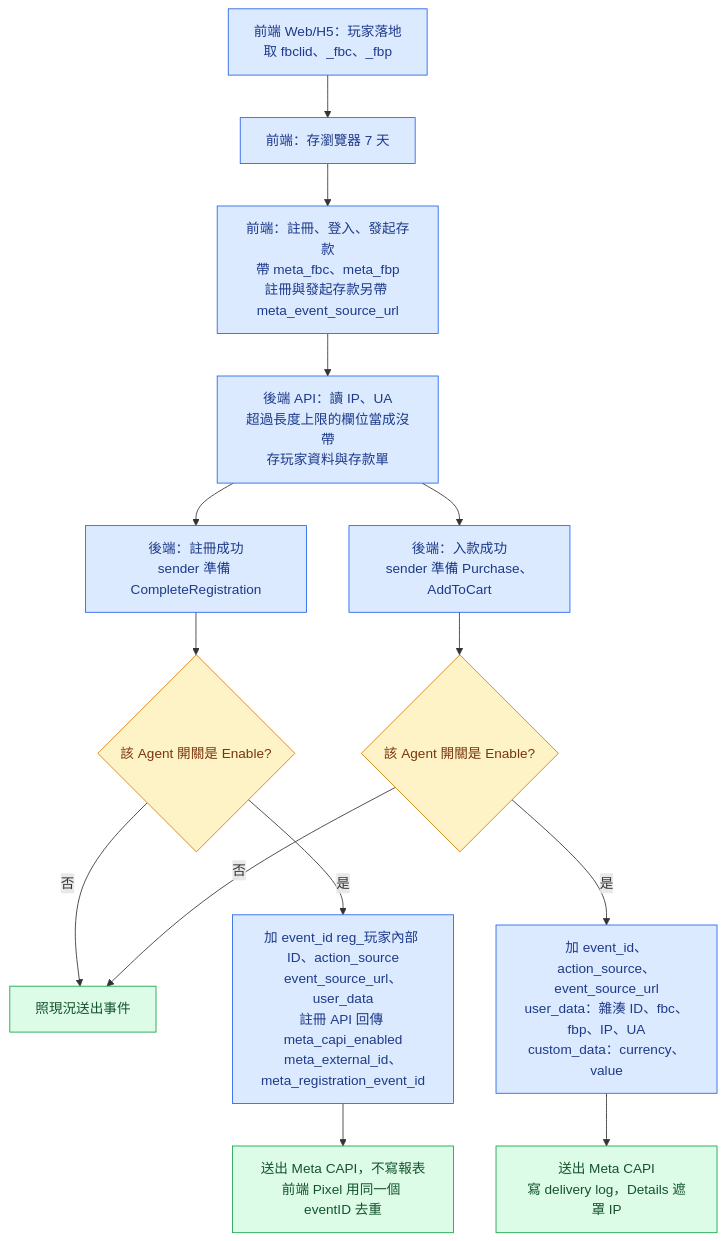
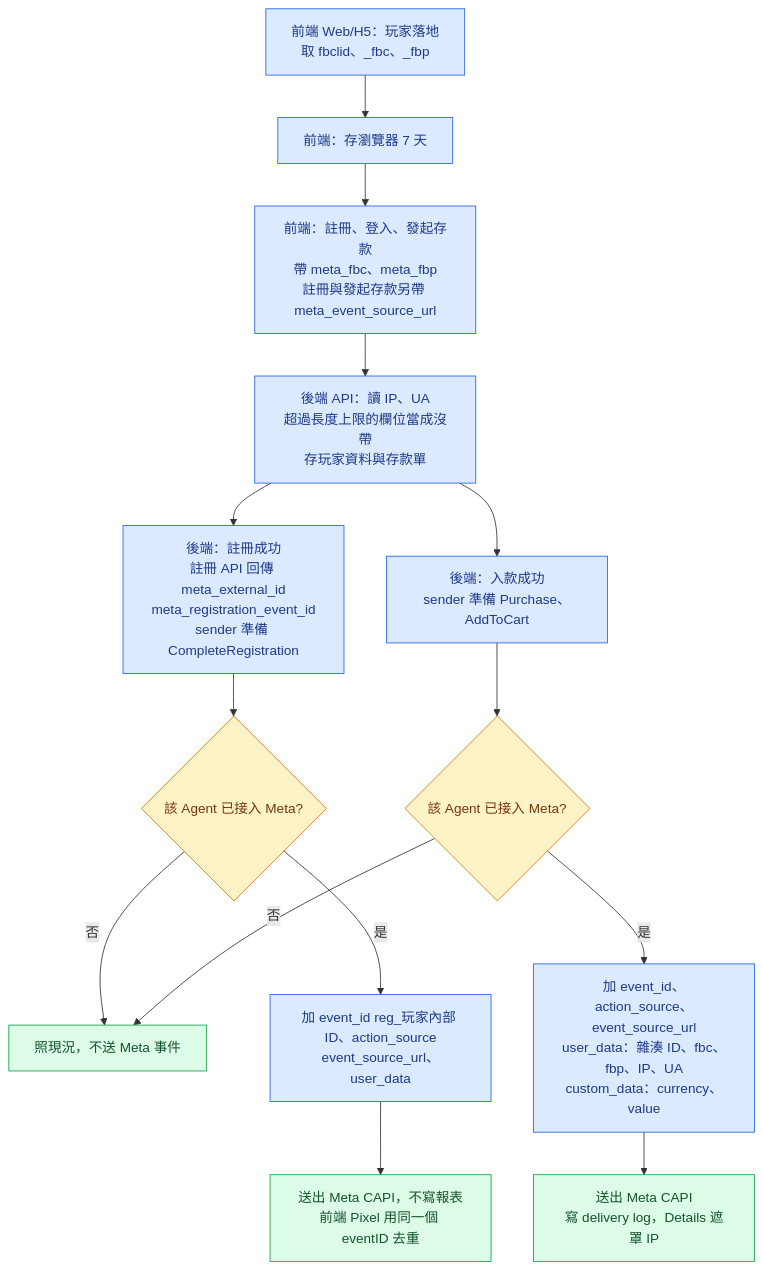
The diagram in meta-capi-match-params/meta_capi_match_params_PRD.md (guswei/betally-bo-mockup), drawn with Mermaid before and after one commit. The commit also changed other lines of this file and 5 other files, not shown here.

First line of the commit message:
Remove Meta CAPI switch; apply to all Meta-connected agents (PRD v1.3)

````diff
--- a/meta-capi-match-params/meta_capi_match_params_PRD.md
+++ b/meta-capi-match-params/meta_capi_match_params_PRD.md
@@ -73,23 +69,23 @@
 ```mermaid
 flowchart TD
   A[前端 Web/H5：玩家落地<br/>取 fbclid、_fbc、_fbp] --> B[前端：存瀏覽器 7 天]
   B --> C[前端：註冊、登入、發起存款<br/>帶 meta_fbc、meta_fbp<br/>註冊與發起存款另帶 meta_event_source_url]
   C --> D[後端 API：讀 IP、UA<br/>超過長度上限的欄位當成沒帶<br/>存玩家資料與存款單]
-  D --> J[後端：註冊成功<br/>sender 準備 CompleteRegistration]
+  D --> J[後端：註冊成功<br/>註冊 API 回傳 meta_external_id<br/>meta_registration_event_id<br/>sender 準備 CompleteRegistration]
   D --> E[後端：入款成功<br/>sender 準備 Purchase、AddToCart]
-  J --> K{該 Agent 開關是 Enable?}
-  K -->|否| G[照現況送出事件]
-  K -->|是| L[加 event_id reg_玩家內部 ID、action_source<br/>event_source_url、user_data<br/>註冊 API 回傳 meta_capi_enabled<br/>meta_external_id、meta_registration_event_id]
+  J --> K{該 Agent 已接入 Meta?}
+  K -->|否| G[照現況，不送 Meta 事件]
+  K -->|是| L[加 event_id reg_玩家內部 ID、action_source<br/>event_source_url、user_data]
   L --> M[送出 Meta CAPI，不寫報表<br/>前端 Pixel 用同一個 eventID 去重]
-  E --> F{該 Agent 開關是 Enable?}
+  E --> F{該 Agent 已接入 Meta?}
   F -->|否| G
   F -->|是| H[加 event_id、action_source、event_source_url<br/>user_data：雜湊 ID、fbc、fbp、IP、UA<br/>custom_data：currency、value]
   H --> I[送出 Meta CAPI<br/>寫 delivery log，Details 遮罩 IP]
   classDef step fill:#dbeafe,stroke:#2563eb,color:#1e3a8a
   classDef dec  fill:#fef3c7,stroke:#d97706,color:#78350f
   classDef fail fill:#fdecea,stroke:#c0392b,color:#7f1d1d
   classDef done fill:#dcfce7,stroke:#16a34a,color:#14532d
   class A,B,C,D,E,H,J,L step
   class F,K dec
   class G,I,M done
 ```
````
